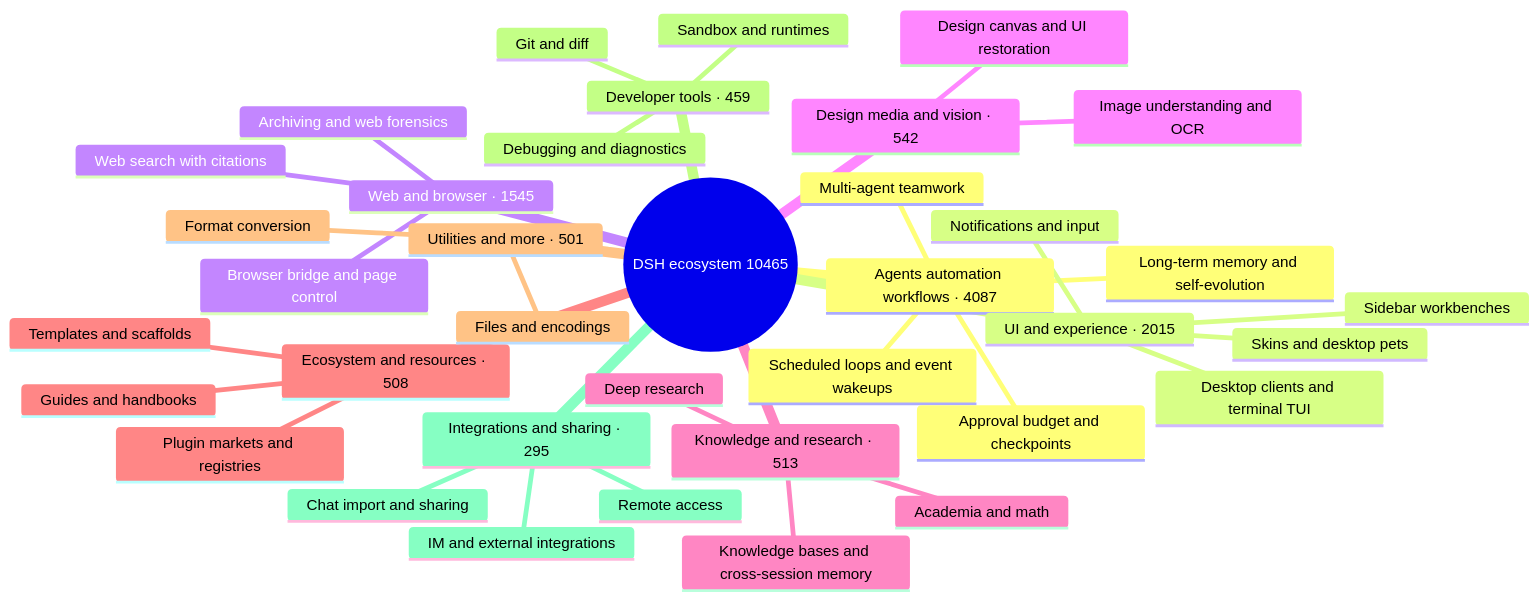
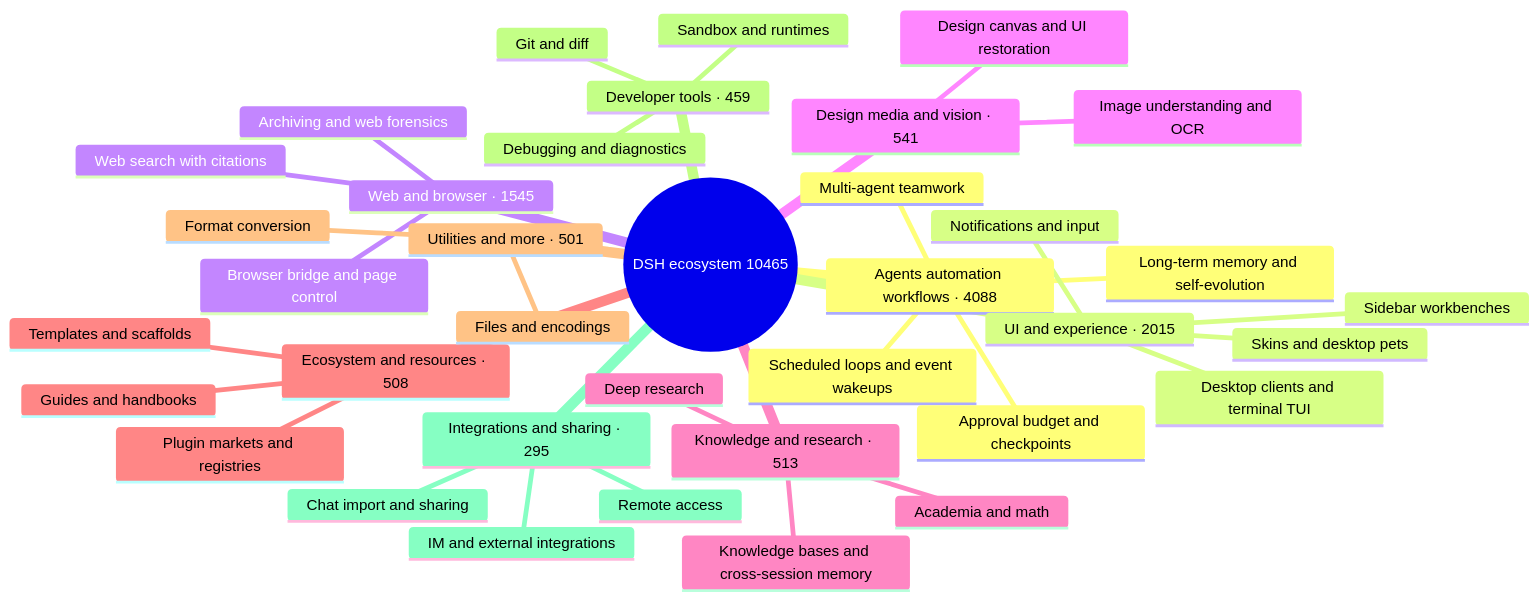
Before and after one commit to bruc3van/awesome-dsh-plugin: the diagram in README_EN.md, drawn with Mermaid. The commit also changed 5 other files, not shown here.

Commit message:
categorize: apply #112 override — move dsh-harness-one to agents-workflows, refresh catalog

````diff
--- a/README_EN.md
+++ b/README_EN.md
@@ -33,40 +33,40 @@
 ```mermaid
 mindmap
   root((DSH ecosystem 10465))
-    Agents automation workflows · 4087
+    Agents automation workflows · 4088
       Scheduled loops and event wakeups
       Multi-agent teamwork
       Long-term memory and self-evolution
       Approval budget and checkpoints
     UI and experience · 2015
       Desktop clients and terminal TUI
       Sidebar workbenches
       Skins and desktop pets
       Notifications and input
     Web and browser · 1545
       Browser bridge and page control
       Web search with citations
       Archiving and web forensics
-    Design media and vision · 542
+    Design media and vision · 541
       Image understanding and OCR
       Design canvas and UI restoration
     Knowledge and research · 513
       Knowledge bases and cross-session memory
       Deep research
       Academia and math
     Ecosystem and resources · 508
       Plugin markets and registries
       Templates and scaffolds
       Guides and handbooks
     Utilities and more · 501
       Files and encodings
       Format conversion
     Developer tools · 459
       Git and diff
       Sandbox and runtimes
       Debugging and diagnostics
     Integrations and sharing · 295
       Chat import and sharing
       Remote access
       IM and external integrations
 ```
````
